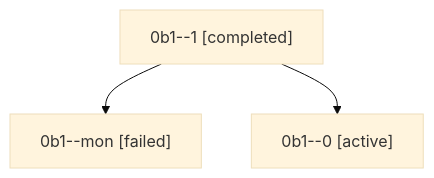
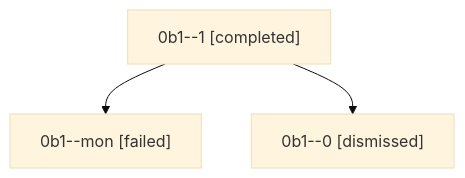
Before and after one commit to sase-org/sase--agents: the diagram in sessions/bbugyi200.athena.0b1.md, drawn with Mermaid (base theme). The commit also changed other lines of this file and 27 other files, not shown here.

````diff
--- a/sessions/bbugyi200.athena.0b1.md
+++ b/sessions/bbugyi200.athena.0b1.md
@@ -9,8 +9,8 @@
 ```mermaid
 flowchart TD
   n0["0b1--1 [completed]"]
   n1["0b1--mon [failed]"]
   n0 --> n1
-  n2["0b1--0 [active]"]
+  n2["0b1--0 [dismissed]"]
   n0 --> n2
 ```
````
